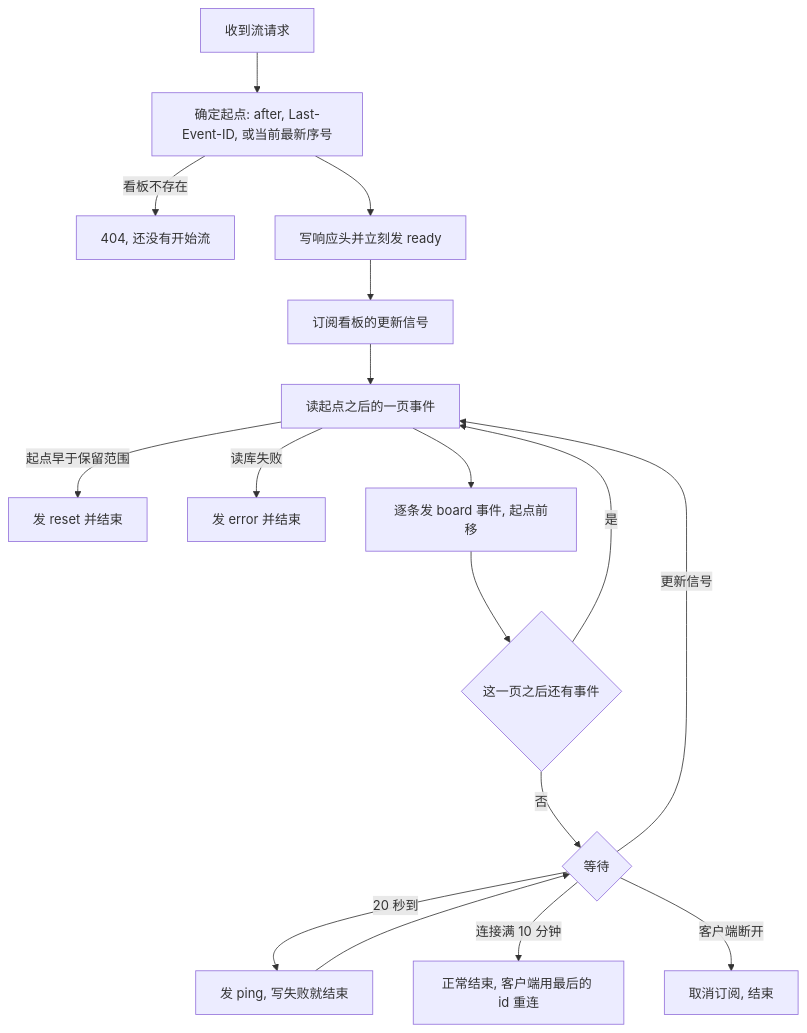
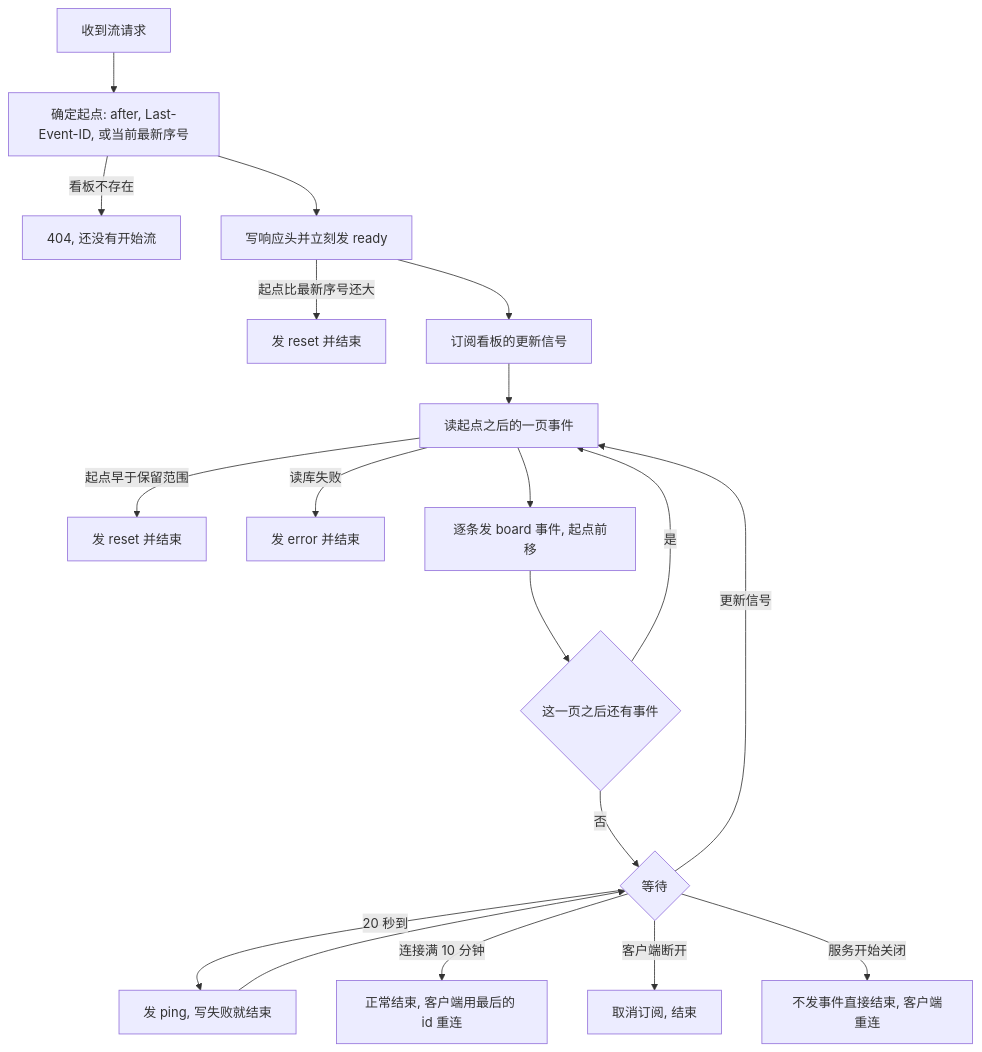
Before and after one commit to ixugo/slate-kanban: the second of 2 diagrams in .cursor/scopes/api.rest.go.md, drawn with Mermaid. The commit also changed other lines of this file and 1 other file, not shown here.

````diff
--- a/.cursor/scopes/api.rest.go.md
+++ b/.cursor/scopes/api.rest.go.md
@@ -130,19 +135,21 @@
 ```mermaid
 flowchart TD
     A[收到流请求] --> B[确定起点: after, Last-Event-ID, 或当前最新序号]
     B -->|看板不存在| Z1[404, 还没有开始流]
     B --> C[写响应头并立刻发 ready]
+    C -->|起点比最新序号还大| Z6[发 reset 并结束]
     C --> D[订阅看板的更新信号]
     D --> E[读起点之后的一页事件]
     E -->|起点早于保留范围| Z2[发 reset 并结束]
     E -->|读库失败| Z3[发 error 并结束]
     E --> F[逐条发 board 事件, 起点前移]
     F --> G{这一页之后还有事件}
     G -->|是| E
     G -->|否| H{等待}
     H -->|更新信号| E
     H -->|20 秒到| I[发 ping, 写失败就结束]
     I --> H
     H -->|连接满 10 分钟| Z4[正常结束, 客户端用最后的 id 重连]
     H -->|客户端断开| Z5[取消订阅, 结束]
+    H -->|服务开始关闭| Z7[不发事件直接结束, 客户端重连]
 ```
````
